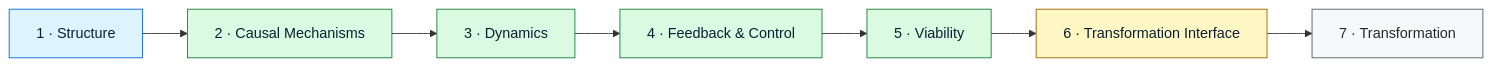
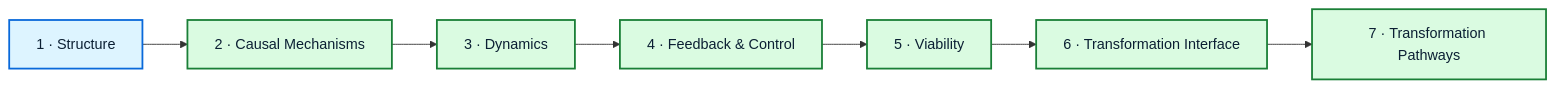
One commit to Dosust/MSE-thesis changed the diagram in project/MATHEMATICAL_PRESENTATION_V3.md. Above: the diagram before and after it, drawn with Mermaid. The commit also changed other lines of this file, not shown here.

Commit message:
Synchronize mathematical presentation standard with frozen seven-stage framework

````diff
--- a/project/MATHEMATICAL_PRESENTATION_V3.md
+++ b/project/MATHEMATICAL_PRESENTATION_V3.md
@@ -183,14 +255,15 @@
 ```mermaid
 flowchart LR
-    S1["1 · Structure"] --> S2["2 · Causal Mechanisms"] --> S3["3 · Dynamics"] --> S4["4 · Feedback & Control"] --> S5["5 · Viability"] --> S6["6 · Transformation Interface"] --> S7["7 · Transformation"]
+    S1["1 · Structure"] --> S2["2 · Causal Mechanisms"]
+    S2 --> S3["3 · Dynamics"]
+    S3 --> S4["4 · Feedback & Control"]
+    S4 --> S5["5 · Viability"]
+    S5 --> S6["6 · Transformation Interface"]
+    S6 --> S7["7 · Transformation Pathways"]
 
-    classDef canonical fill:#DDF4FF,stroke:#0969DA,color:#0B1F33;
-    classDef frozen fill:#DAFBE1,stroke:#1A7F37,color:#0B1F33;
-    classDef next fill:#FFF8C5,stroke:#9A6700,color:#0B1F33;
-    classDef downstream fill:#F6F8FA,stroke:#57606A,color:#24292F;
+    classDef canonical fill:#DDF4FF,stroke:#0969DA,color:#0B1F33,stroke-width:2px;
+    classDef frozen fill:#DAFBE1,stroke:#1A7F37,color:#0B1F33,stroke-width:2px;
 
     class S1 canonical;
-    class S2,S3,S4,S5 frozen;
-    class S6 next;
-    class S7 downstream;
+    class S2,S3,S4,S5,S6,S7 frozen;
 ```
````
